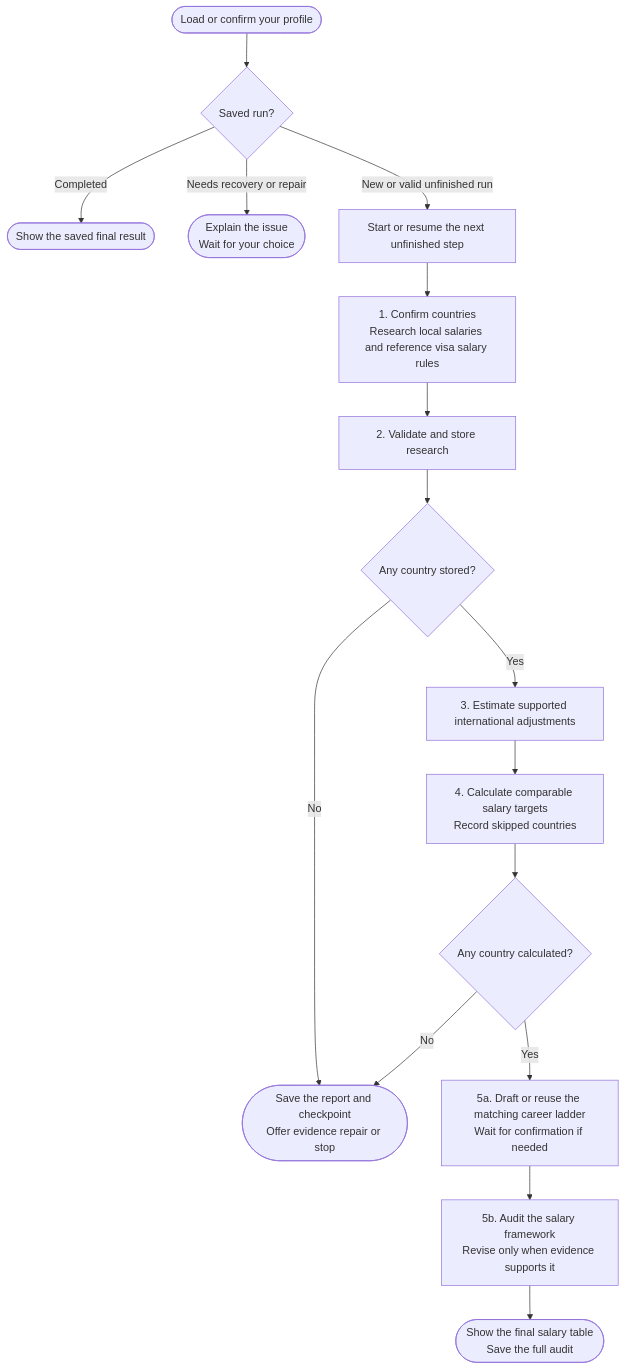
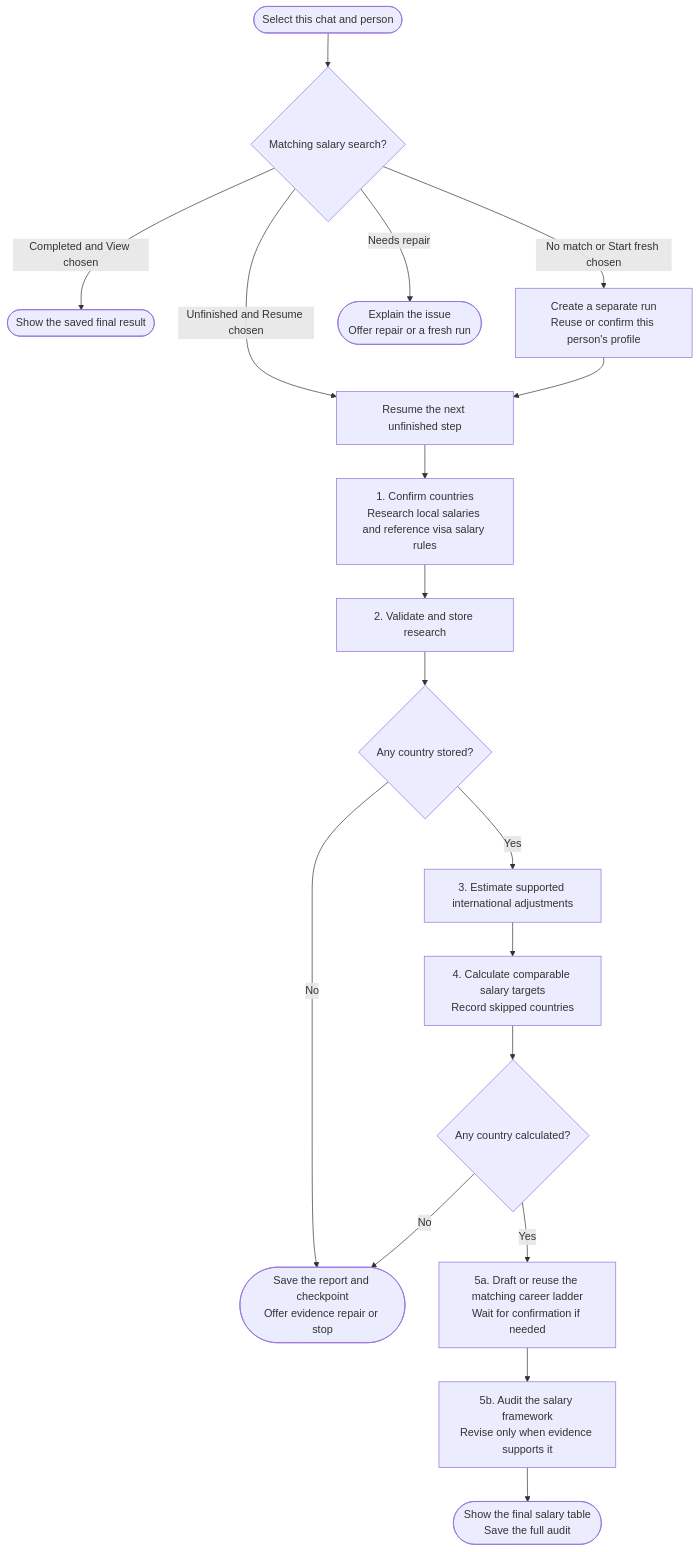
The diagram in docs/commands/salary-calculator.md (myowinthein/agent-compass), drawn with Mermaid before and after one commit. The commit also changed other lines of this file and 19 other files, not shown here.

First line of the commit message:
fix(workflows): isolate searches by chat and person

````diff
--- a/docs/commands/salary-calculator.md
+++ b/docs/commands/salary-calculator.md
@@ -22,18 +22,20 @@
 ```mermaid
 flowchart TD
-  Start(["Load or confirm your profile"]) --> Status{"Saved run?"}
-  Status -->|Completed| Replay(["Show the saved final result"])
-  Status -->|Needs recovery or repair| Recover(["Explain the issue<br/>Wait for your choice"])
-  Status -->|New or valid unfinished run| Resume["Start or resume the next unfinished step"]
+  Start(["Select this chat and person"]) --> Status{"Matching salary search?"}
+  Status -->|Completed and View chosen| Replay(["Show the saved final result"])
+  Status -->|Unfinished and Resume chosen| Resume["Resume the next unfinished step"]
+  Status -->|No match or Start fresh chosen| Profile["Create a separate run<br/>Reuse or confirm this person's profile"]
+  Profile --> Resume
+  Status -->|Needs repair| Recover(["Explain the issue<br/>Offer repair or a fresh run"])
   Resume --> S1["1. Confirm countries<br/>Research local salaries and reference visa salary rules"]
   S1 --> S2["2. Validate and store research"]
   S2 --> Stored{"Any country stored?"}
   Stored -->|No| Repair(["Save the report and checkpoint<br/>Offer evidence repair or stop"])
   Stored -->|Yes| S3["3. Estimate supported international adjustments"]
   S3 --> S4["4. Calculate comparable salary targets<br/>Record skipped countries"]
   S4 --> Usable{"Any country calculated?"}
   Usable -->|No| Repair
   Usable -->|Yes| Ladder["5a. Draft or reuse the matching career ladder<br/>Wait for confirmation if needed"]
   Ladder --> Audit["5b. Audit the salary framework<br/>Revise only when evidence supports it"]
   Audit --> End(["Show the final salary table<br/>Save the full audit"])
 ```
````
